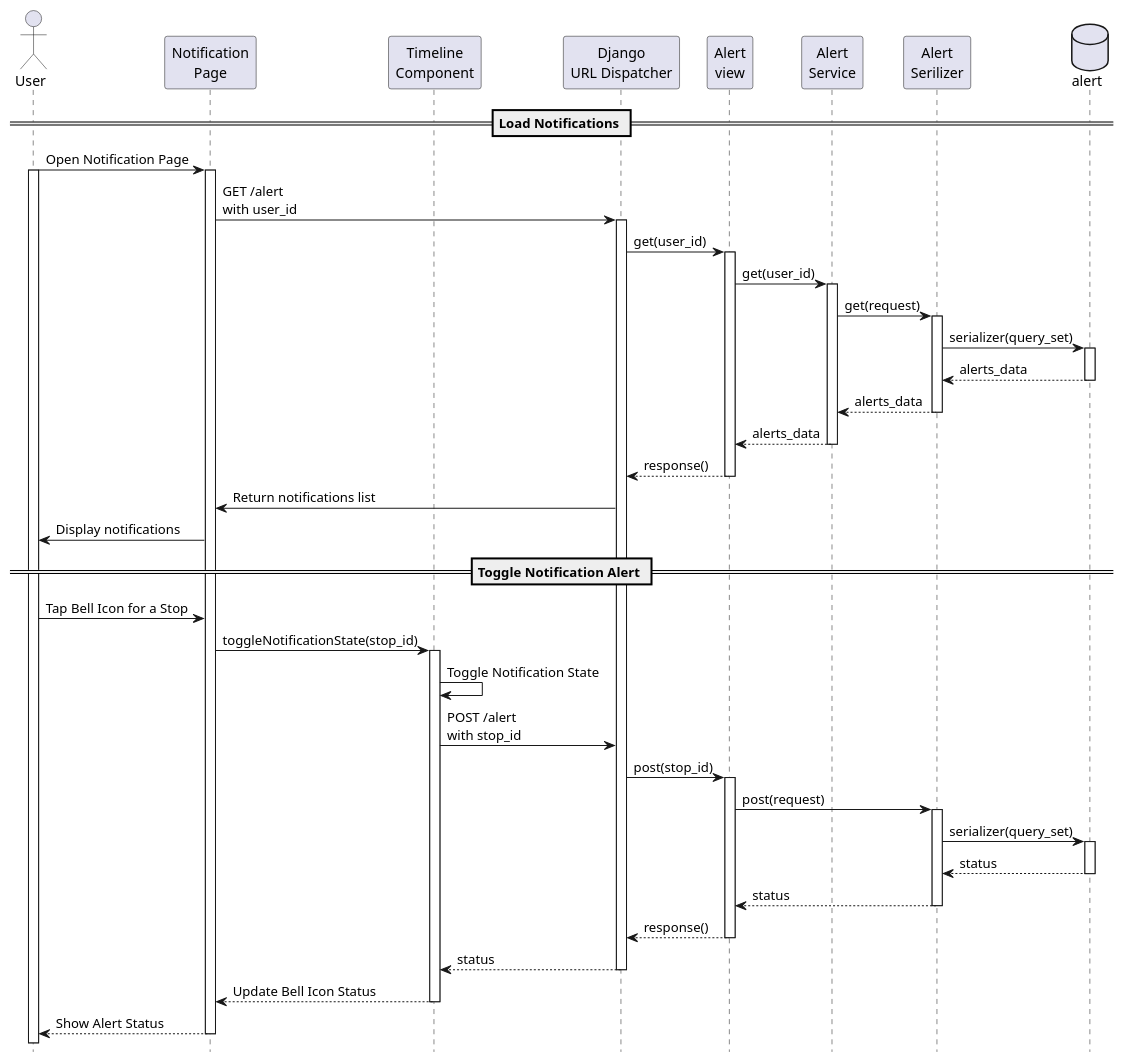
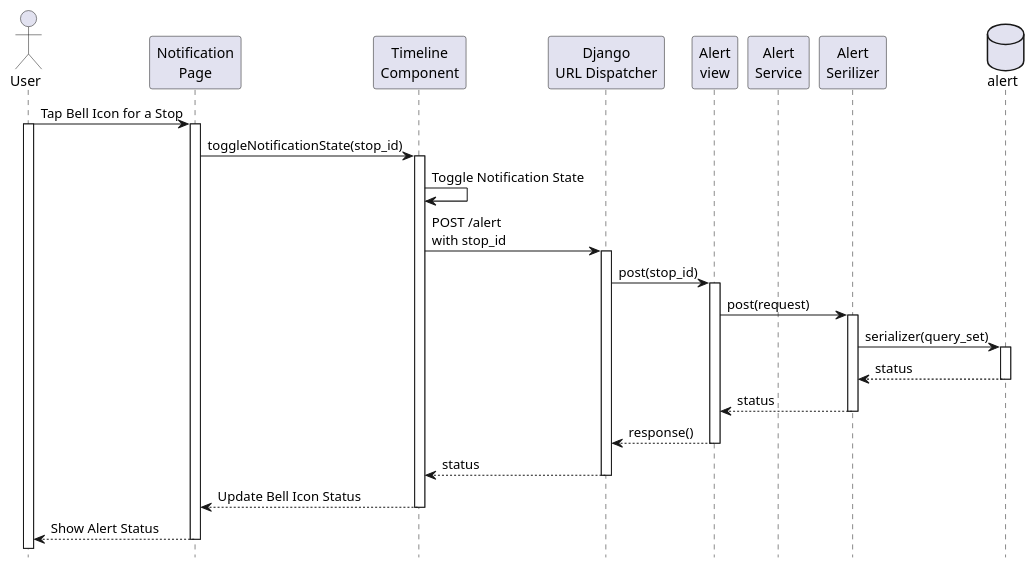
Before and after one commit to KMITL-BusBuddy/diagram: the diagram in notification/notification_route_page.puml, drawn with PlantUML. The commit also changed 11 other files, not shown here.

Commit message:
update last diagram

```diff
--- a/notification/notification_route_page.puml
+++ b/notification/notification_route_page.puml
@@ -1,80 +1,86 @@
 @startuml noficition_route_page
 
 hide footbox
 
 actor User
 participant "Notification\nPage" as UI
 ' participant "Notification Route\nPage" as RouteUI
 participant "Timeline\nComponent" as Timeline
 
 participant "Django\nURL Dispatcher" as API
 participant "Alert\nview" as view
 participant "Alert\nService" as service
 participant "Alert\nSerilizer" as serializer
 database "alert" as table
 
-== Load Notifications ==
-User -> UI: Open Notification Page
-activate User
-activate UI
-UI -> API: GET /alert \nwith user_id
-activate API
+' Dupiclate of notification_screen.puml
+' == Load Notifications ==
+' User -> UI: Open Notification Page
+' activate User
+' activate UI
+' UI -> API: GET /alert \nwith user_id
+' activate API
 
-' API Call
-API -> view: get(user_id)
-activate view
-view -> service: get(user_id)
-activate service
-service -> serializer: get(request)
-activate serializer
-serializer -> table: serializer(query_set)
-activate table
-table --> serializer: alerts_data
-deactivate table
-serializer --> service: alerts_data
-deactivate serializer
-service --> view: alerts_data
-deactivate service
-view --> API: response()
-deactivate view
+' ' API Call
+' API -> view: get(user_id)
+' activate view
+' view -> service: get(user_id)
+' activate service
+' service -> serializer: get(request)
+' activate serializer
+' serializer -> table: serializer(query_set)
+' activate table
+' table --> serializer: alerts_data
+' deactivate table
+' serializer --> service: alerts_data
+' deactivate serializer
+' service --> view: alerts_data
+' deactivate service
+' view --> API: response()
+' deactivate view
 
-' Display Notifications
-API -> UI: Return notifications list
-' deactivate API
-UI -> User: Display notifications
+' ' Display Notifications
+' API -> UI: Return notifications list
+' ' deactivate API
+' UI -> User: Display notifications
 
-
+' Not used in this diagram
 ' == View Route Details ==
 ' User -> UI: Tap a notification
 ' UI -> RouteUI: Navigate to Notification Route Page
 ' RouteUI -> API: GET /route-details
 ' API -> API: Retrieve route details
 ' API -> RouteUI: Return route details
 ' RouteUI -> User: Display route timeline
 
-== Toggle Notification Alert ==
 User -> UI: Tap Bell Icon for a Stop
+activate User
+activate UI
 UI -> Timeline: toggleNotificationState(stop_id)
 activate Timeline
 Timeline -> Timeline: Toggle Notification State
 Timeline -> API: POST /alert \nwith stop_id
+activate API
+
+' API Call
 API -> view: post(stop_id)
 activate view
 view -> serializer: post(request)
 activate serializer
 serializer -> table: serializer(query_set)
 activate table
 table --> serializer: status
 deactivate table
 serializer --> view: status
 deactivate serializer
 view --> API: response()
 deactivate view
 API --> Timeline: status
 deactivate API
+
 Timeline --> UI: Update Bell Icon Status
 deactivate Timeline
 UI --> User: Show Alert Status
 deactivate UI
 
 @enduml
```
